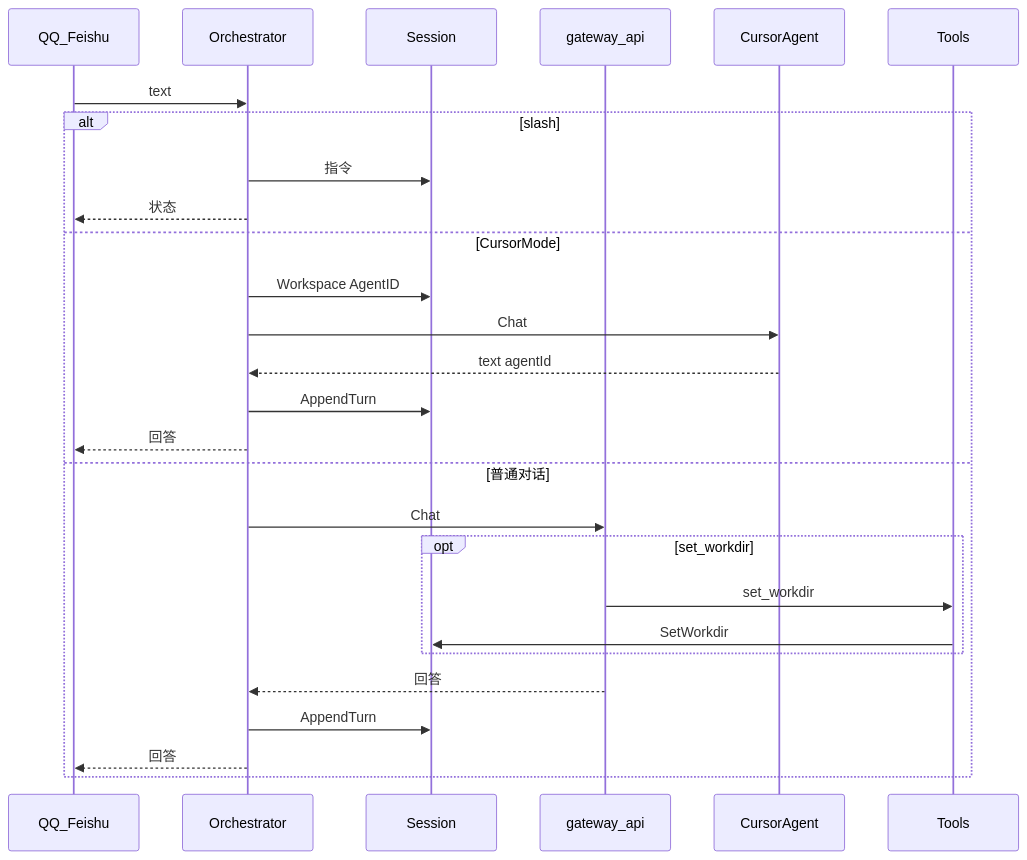
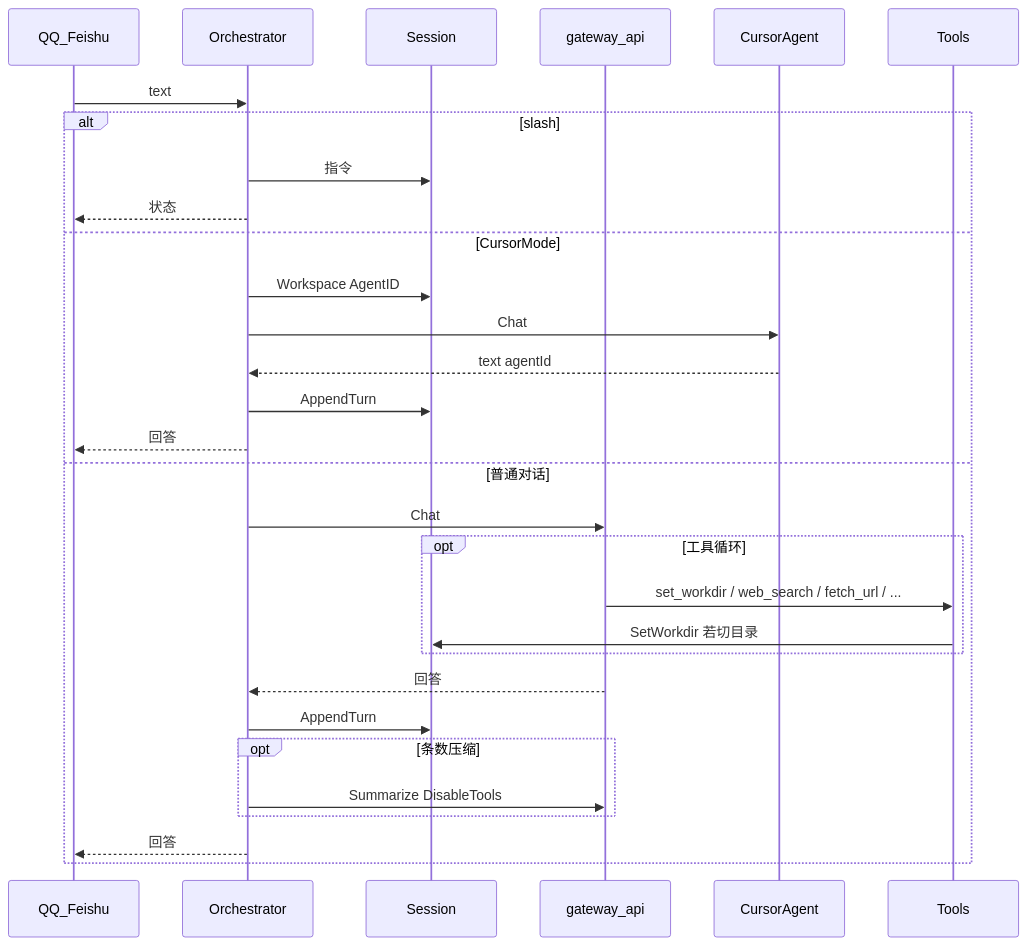
One commit to xgk1906806hjy/Personal-Bot changed the third of 3 diagrams in docs/MODULES.md. Above: the diagram before and after it, drawn with Mermaid. The commit also changed other lines of this file and 1 other file, not shown here.

Commit message:
补充文档：联网工具、DisableTools 与配置启动载入说明。

````diff
--- a/docs/MODULES.md
+++ b/docs/MODULES.md
@@ -246,30 +253,33 @@
 ```mermaid
 sequenceDiagram
   participant P as QQ_Feishu
   participant O as Orchestrator
   participant S as Session
   participant G as gateway_api
   participant C as CursorAgent
   participant T as Tools
 
   P->>O: text
   alt slash
     O->>S: 指令
     O-->>P: 状态
   else CursorMode
     O->>S: Workspace AgentID
     O->>C: Chat
     C-->>O: text agentId
     O->>S: AppendTurn
     O-->>P: 回答
   else 普通对话
     O->>G: Chat
-    opt set_workdir
-      G->>T: set_workdir
-      T->>S: SetWorkdir
+    opt 工具循环
+      G->>T: set_workdir / web_search / fetch_url / ...
+      T->>S: SetWorkdir 若切目录
     end
     G-->>O: 回答
     O->>S: AppendTurn
+    opt 条数压缩
+      O->>G: Summarize DisableTools
+    end
     O-->>P: 回答
   end
 ```
````
